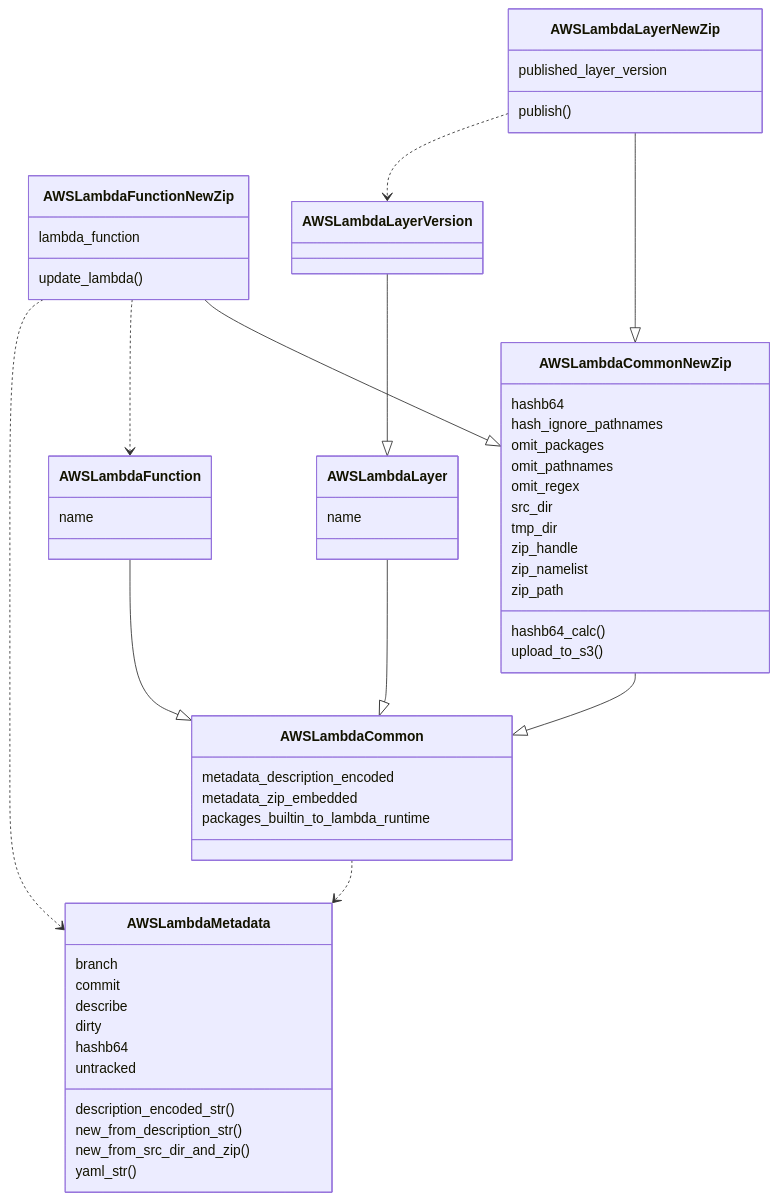
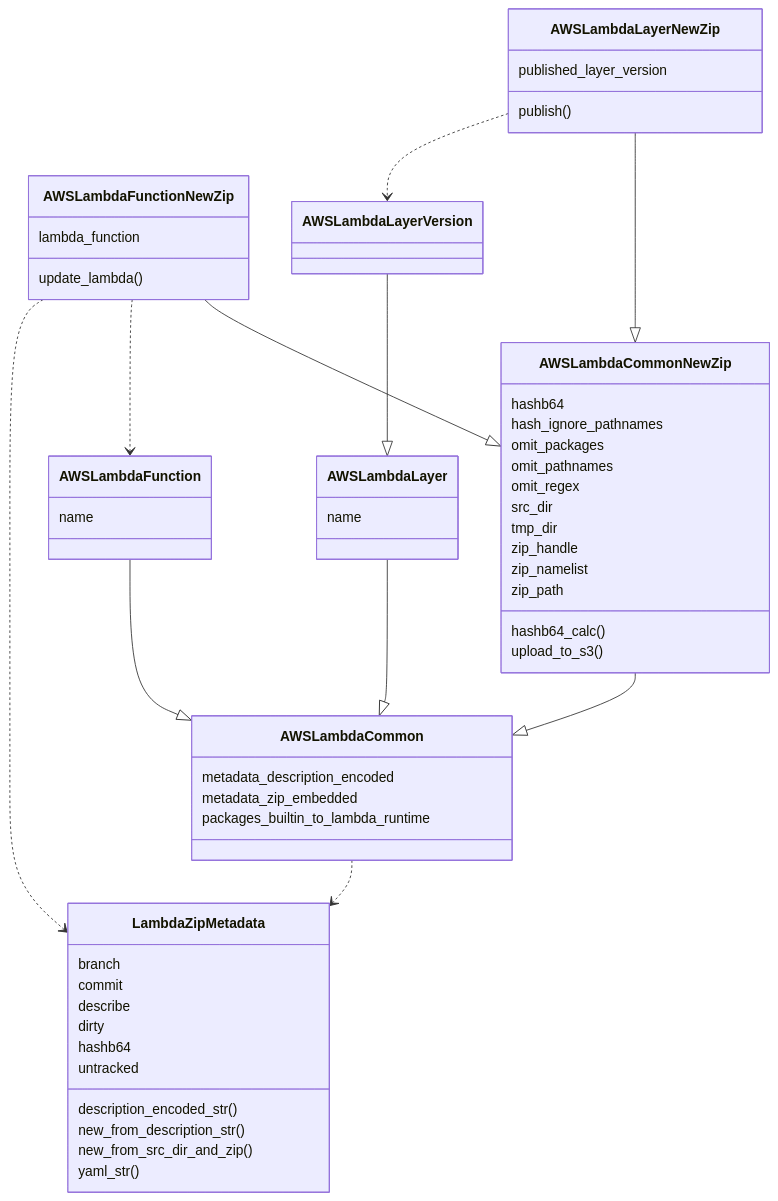
The diagram in DEVNOTES.md (jeffsw/lambda_zip), drawn with Mermaid before and after one commit. The commit also changed 1 other file, not shown here.

Commit message:
GH-2: progress commit

````diff
--- a/DEVNOTES.md
+++ b/DEVNOTES.md
@@ -43,80 +43,80 @@
 ```mermaid
 classDiagram
     AWSLambdaCommonNewZip --|> AWSLambdaCommon
 
     AWSLambdaFunction --|> AWSLambdaCommon
     AWSLambdaFunctionNewZip --|> AWSLambdaCommonNewZip
 
     AWSLambdaLayer --|> AWSLambdaCommon
 
     AWSLambdaLayerNewZip --|> AWSLambdaCommonNewZip
     AWSLambdaLayerNewZip ..> AWSLambdaLayerVersion
     AWSLambdaLayerVersion --|> AWSLambdaLayer
     %% AWSLambdaLayerVersion ..> AWSLambdaApiAbc
 
-    AWSLambdaCommon ..> AWSLambdaMetadata
+    AWSLambdaCommon ..> LambdaZipMetadata
 
     AWSLambdaFunctionNewZip ..> AWSLambdaFunction
-    AWSLambdaFunctionNewZip ..> AWSLambdaMetadata
+    AWSLambdaFunctionNewZip ..> LambdaZipMetadata
 
     %% AWSLambdaApiAbc
     %% AWSLambdaApiMock --|> AWSLambdaApiAbc
     %% AWSLambdaApiWrap --|> AWSLambdaApiAbc
 
     %% AWSLambdaFunction ..> AWSLambdaApiAbc
     %% AWSLambdaFunctionNewZip ..> AWSLambdaApiAbc
     %% AWSLambdaLayer ..> AWSLambdaApiAbc
     %% AWSLambdaLayerNewZip ..> AWSLambdaApiAbc
 
     class AWSLambdaFunction {
         name
     }
 
     class AWSLambdaLayer {
         name
     }
 
     class AWSLambdaCommon {
         metadata_description_encoded
         metadata_zip_embedded
         packages_builtin_to_lambda_runtime
     }
 
     class AWSLambdaCommonNewZip {
         hashb64
         hash_ignore_pathnames
         omit_packages
         omit_pathnames
         omit_regex
         src_dir
         tmp_dir
         zip_handle
         zip_namelist
         zip_path
         hashb64_calc()
         upload_to_s3()
     }
     
     class AWSLambdaFunctionNewZip {
         lambda_function
         update_lambda()
     }
     
     class AWSLambdaLayerNewZip {
         published_layer_version
         publish()
     }
     
-    class AWSLambdaMetadata {
+    class LambdaZipMetadata {
         branch
         commit
         describe
         dirty
         hashb64
         untracked
         description_encoded_str()
         new_from_description_str()
         new_from_src_dir_and_zip()
         yaml_str()
     }
 ```
````
